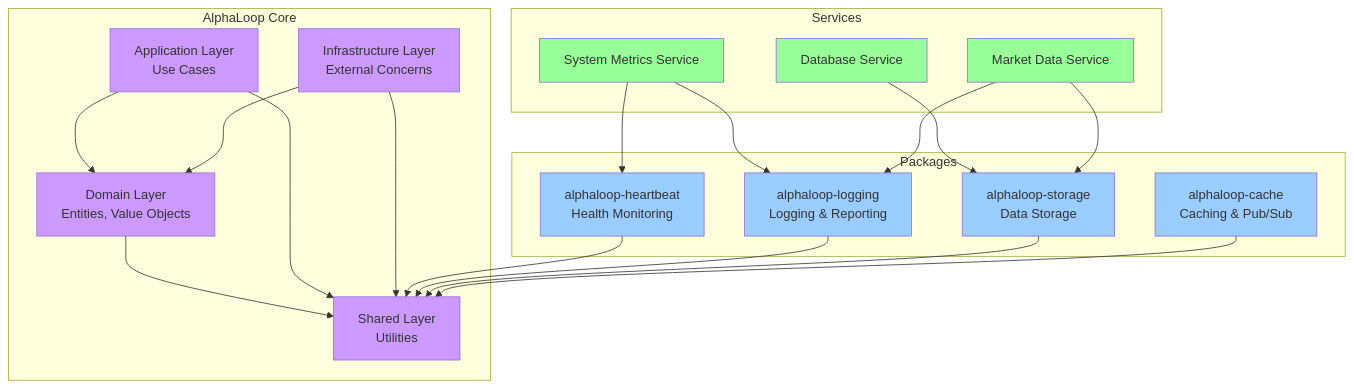
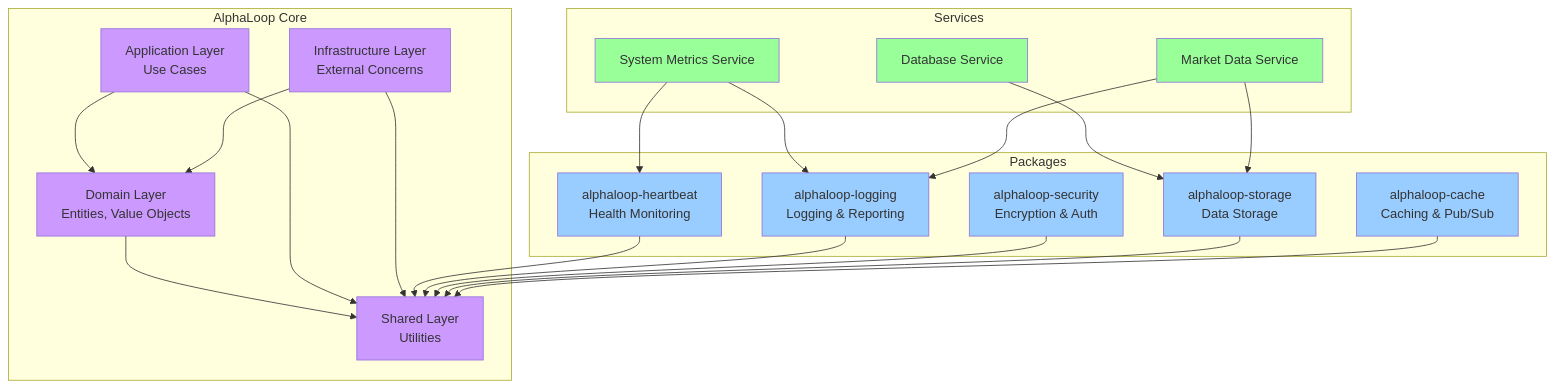
One commit to alphaloopbot/alphaloop-core changed the fourth of 6 diagrams in docs/architecture/diagrams/system-overview.md. Above: the diagram before and after it, drawn with Mermaid. The commit also changed other lines of this file, not shown here.

First line of the commit message:
docs: update system overview diagrams to include all current packages

````diff
--- a/docs/architecture/diagrams/system-overview.md
+++ b/docs/architecture/diagrams/system-overview.md
@@ -190,49 +198,51 @@
 ```mermaid
 graph TB
     subgraph "AlphaLoop Core"
         DOMAIN[Domain Layer<br/>Entities, Value Objects]
         APP[Application Layer<br/>Use Cases]
         INFRA[Infrastructure Layer<br/>External Concerns]
         SHARED[Shared Layer<br/>Utilities]
     end
 
     subgraph "Packages"
         AH[alphaloop-heartbeat<br/>Health Monitoring]
         AL[alphaloop-logging<br/>Logging & Reporting]
+        ASEC[alphaloop-security<br/>Encryption & Auth]
         AS[alphaloop-storage<br/>Data Storage]
         AC[alphaloop-cache<br/>Caching & Pub/Sub]
     end
 
     subgraph "Services"
         DB_SVC[Database Service]
         METRICS_SVC[System Metrics Service]
         MARKET_SVC[Market Data Service]
     end
 
     %% Dependencies
     DOMAIN --> SHARED
     APP --> DOMAIN
     APP --> SHARED
     INFRA --> DOMAIN
     INFRA --> SHARED
 
     AH --> SHARED
     AL --> SHARED
+    ASEC --> SHARED
     AS --> SHARED
     AC --> SHARED
 
     DB_SVC --> AS
     METRICS_SVC --> AH
     METRICS_SVC --> AL
     MARKET_SVC --> AS
     MARKET_SVC --> AL
 
     %% Styling
     classDef core fill:#cc99ff
     classDef package fill:#99ccff
     classDef service fill:#99ff99
 
     class DOMAIN,APP,INFRA,SHARED core
-    class AH,AL,AS,AC package
+    class AH,AL,ASEC,AS,AC package
     class DB_SVC,METRICS_SVC,MARKET_SVC service
 ```
````
